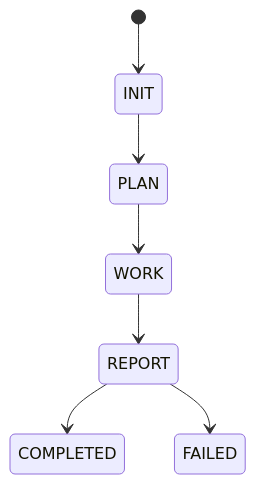
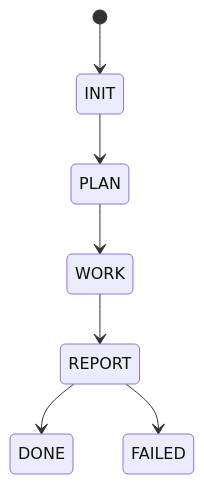
The fourth of 6 diagrams in .claude/skills/workflow-agent-report/SKILL.md (KoreanLeeChangHyun/claude-workflow), drawn with Mermaid before and after one commit. The commit also changed other lines of this file and 47 other files, not shown here.

````diff
--- a/.claude/skills/workflow-agent-report/SKILL.md
+++ b/.claude/skills/workflow-agent-report/SKILL.md
@@ -234,9 +234,9 @@
 ```mermaid
 stateDiagram-v2
     [*] --> INIT
     INIT --> PLAN
     PLAN --> WORK
     WORK --> REPORT
-    REPORT --> COMPLETED
+    REPORT --> DONE
     REPORT --> FAILED
 ```
````
